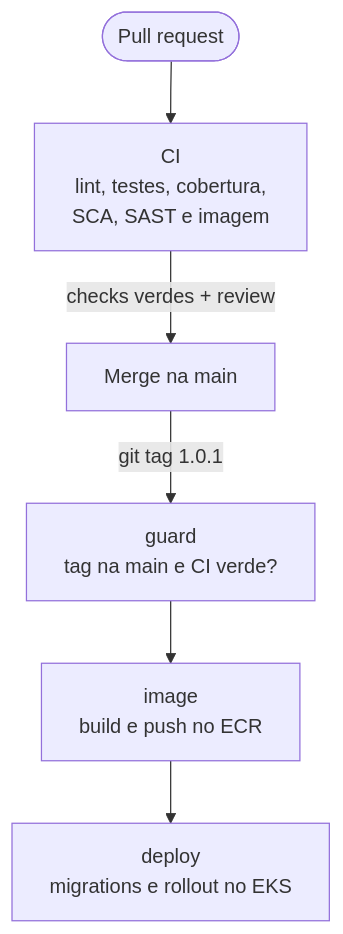
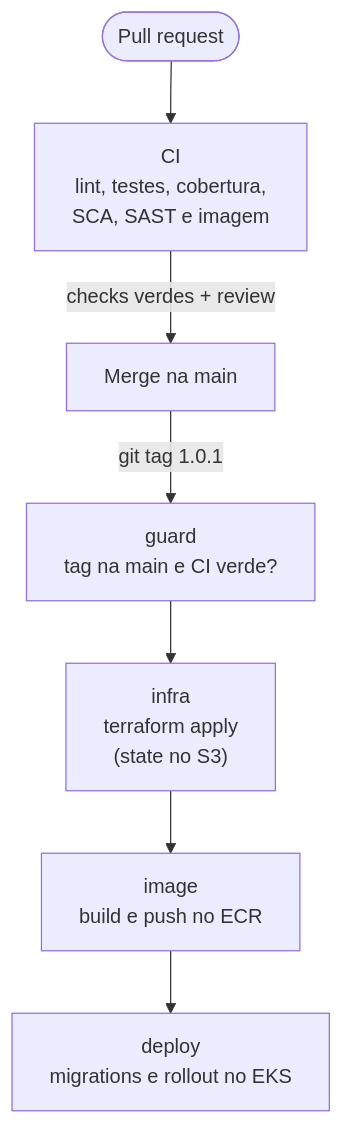
Before and after one commit to muriloperosa/soat-architecture: the fourth of 4 diagrams in README.md, drawn with Mermaid. The commit also changed other lines of this file and 31 other files, not shown here.

````diff
--- a/README.md
+++ b/README.md
@@ -181,8 +185,9 @@
 ```mermaid
 flowchart TB
     pr(["Pull request"]) --> ci["CI<br/>lint, testes, cobertura,<br/>SCA, SAST e imagem"]
     ci -->|checks verdes + review| main["Merge na main"]
     main -->|git tag 1.0.1| guard["guard<br/>tag na main e CI verde?"]
-    guard --> img["image<br/>build e push no ECR"]
+    guard --> tf["infra<br/>terraform apply<br/>(state no S3)"]
+    tf --> img["image<br/>build e push no ECR"]
     img --> dep["deploy<br/>migrations e rollout no EKS"]
 ```
````
